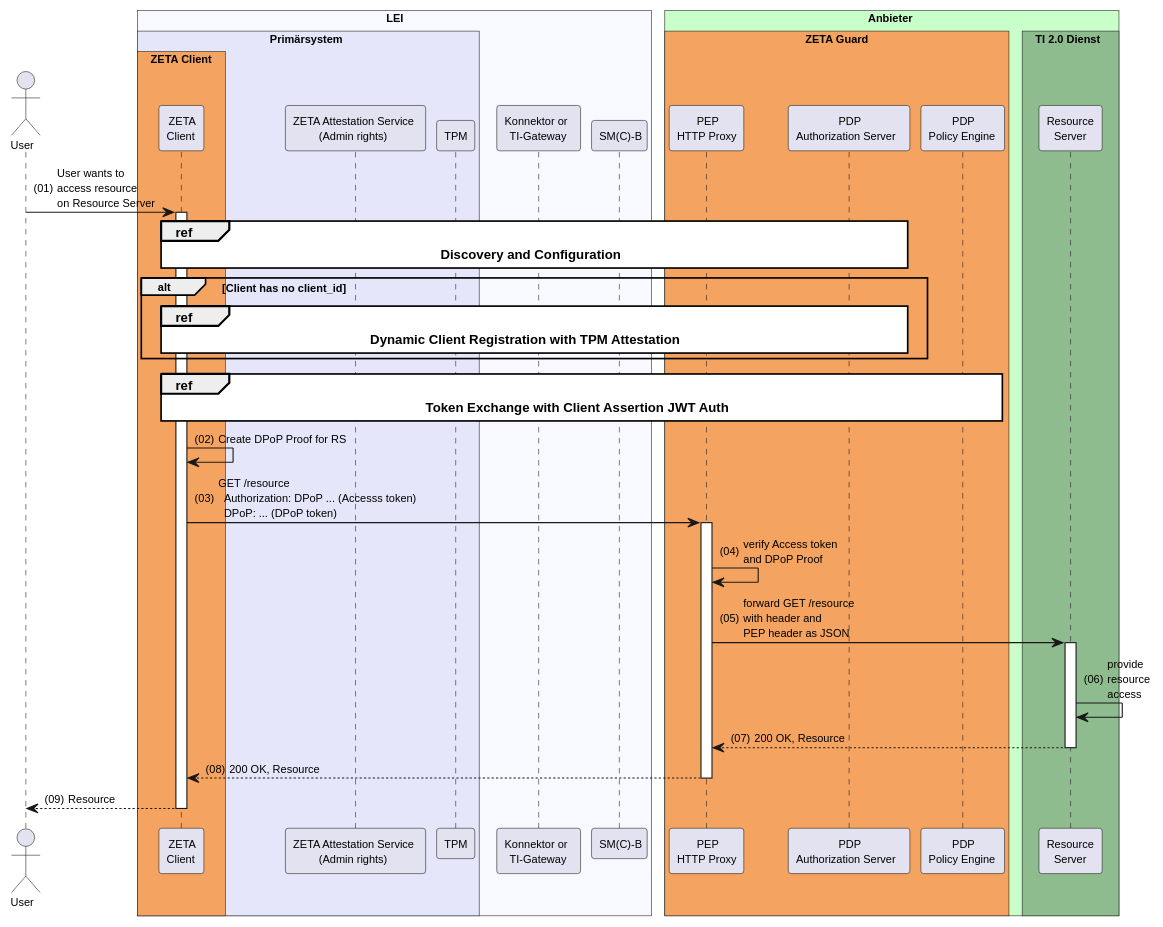
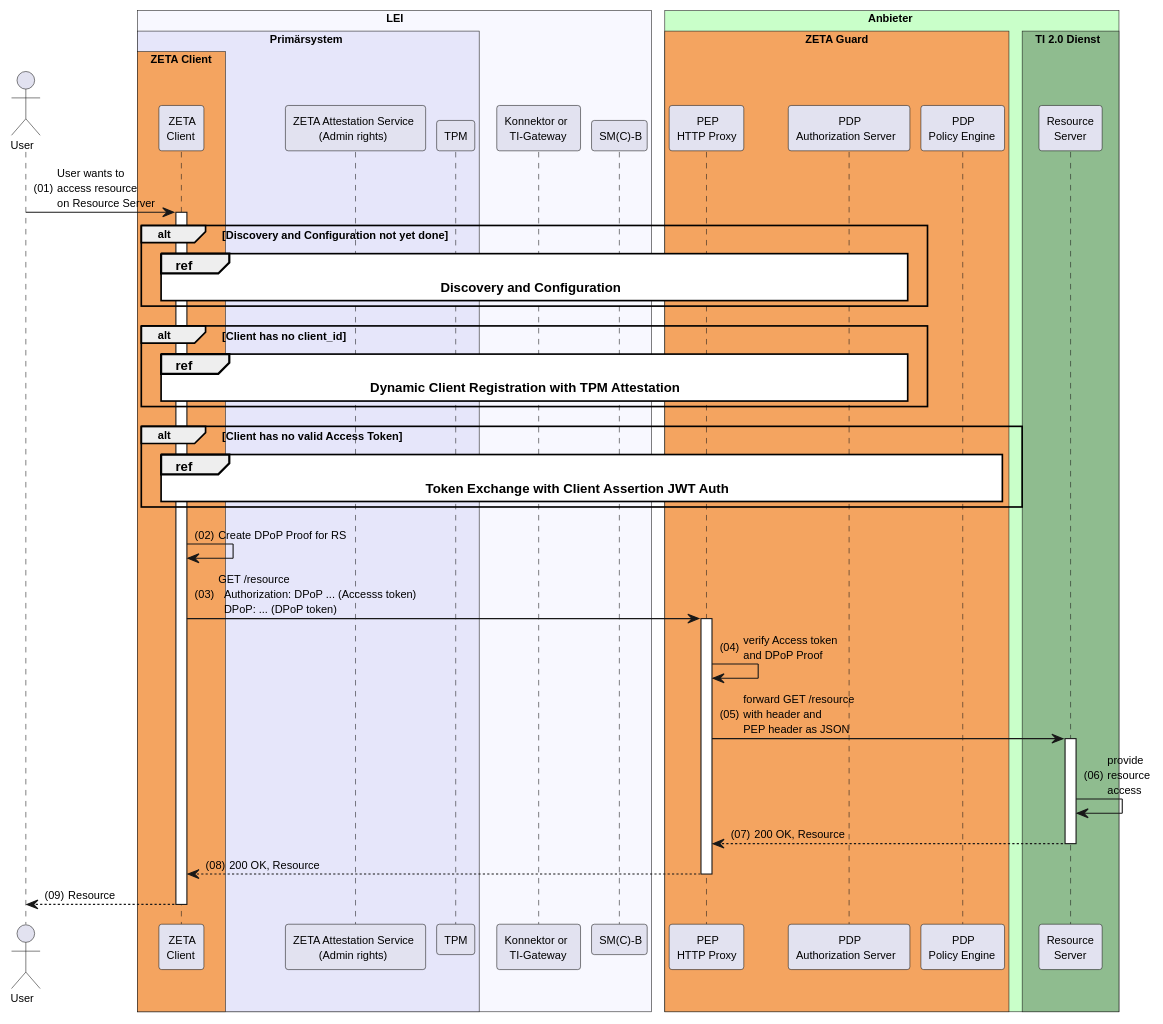
The diagram in src/plantuml/tpm-attestation-and-token-exchange/tpm-attestation-and-token-exchange-overview.puml (gematik/zeta), drawn with PlantUML before and after one commit.

Commit message:
fix: Refactor conditional flows for clarity in resource access sequence

```diff
--- a/src/plantuml/tpm-attestation-and-token-exchange/tpm-attestation-and-token-exchange-overview.puml
+++ b/src/plantuml/tpm-attestation-and-token-exchange/tpm-attestation-and-token-exchange-overview.puml
@@ -1,59 +1,62 @@
 @startuml "tpm-attestation-and-token-exchange-overview"
 autonumber "(00)"
 skinparam defaultFontSize 10
 skinparam defaultFontName Helvetica
 skinparam DefaultMonospacedFontName Courier
 skinparam lengthAdjust none
 skinparam sequenceReferenceBackgroundColor White
 skinparam SequenceReferenceFontSize 12
 /'skinparam SequenceReferenceFontStyle bold
 '/
 
 !pragma teoz true
 
 Actor User
 box "LEI" #GhostWhite
   box "Primärsystem" #Lavender
     box "ZETA Client" #SandyBrown
       participant Client as "ZETA\nClient"
     end box
     participant ZAS as "ZETA Attestation Service\n(Admin rights)"
     participant TPM as "TPM"
   end box
   participant Konnektor as "Konnektor or\nTI-Gateway"
   participant SMB as "SM(C)-B"
 end box
 
 box "Anbieter" #TECHNOLOGY
   box "ZETA Guard" #SandyBrown
     participant HP as "PEP\nHTTP Proxy"
     participant AuthS as "PDP\nAuthorization Server" 
     participant PE as "PDP\nPolicy Engine"
   end box
     box TI 2.0 Dienst #DarkSeaGreen
       participant RS as "Resource\nServer"
     end box
 end box
 
 User -> Client ++ : User wants to\naccess resource\non Resource Server
 
-ref over Client, HP, AuthS: **Discovery and Configuration**
+alt Discovery and Configuration not yet done
+  ref over Client, HP, AuthS: **Discovery and Configuration**
+end
 alt Client has no client_id
     ref over Client, AuthS: **Dynamic Client Registration with TPM Attestation**
 end
-
-ref over Client, AuthS, PE: **Token Exchange with Client Assertion JWT Auth**
+alt Client has no valid Access Token
+  ref over Client, AuthS, PE: **Token Exchange with Client Assertion JWT Auth**
+end
 
 Client -> Client: Create DPoP Proof for RS
 Client -> HP ++ : GET /resource\n\
   Authorization: DPoP ... (Accesss token)\n\
   DPoP: ... (DPoP token)
 HP -> HP: verify Access token\nand DPoP Proof
 HP -> RS ++ : forward GET /resource\n\
 with header and\nPEP header as JSON
 RS -> RS: provide\nresource\naccess
 RS --> HP -- : 200 OK, Resource
 HP --> Client -- : 200 OK, Resource
 Client --> User -- : Resource
 
 @enduml
```
